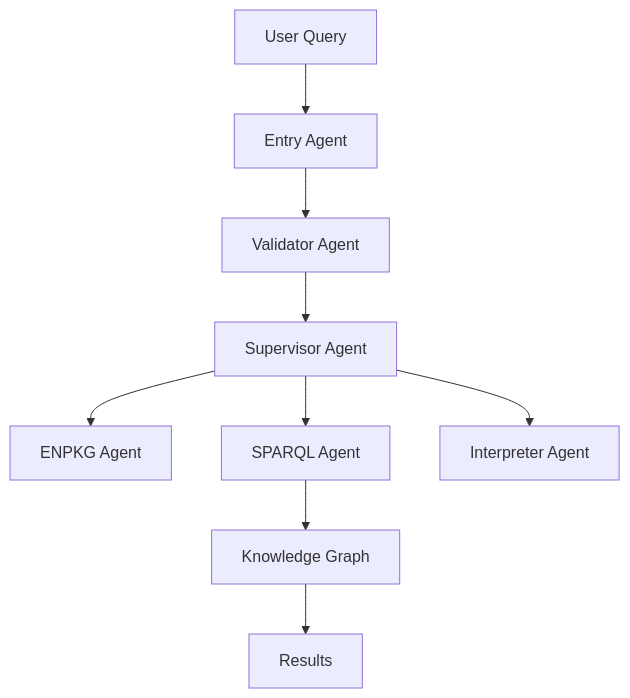
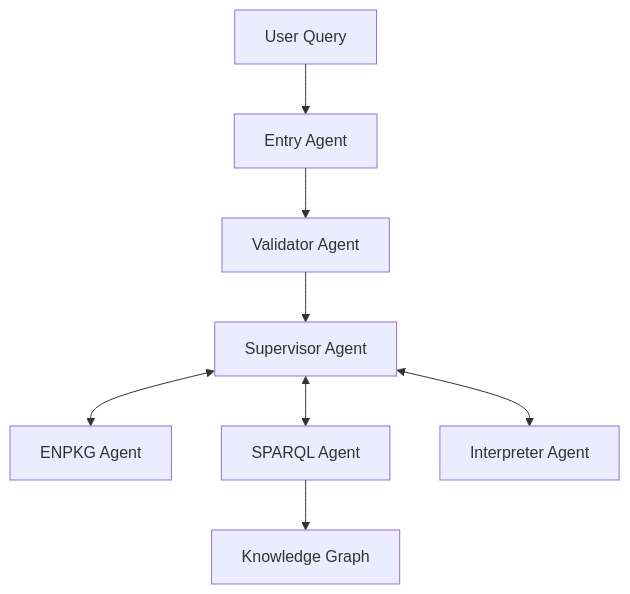
Before and after one commit to HolobiomicsLab/MetaboT: the first of 2 diagrams in docs/user-guide/overview.md, drawn with Mermaid. The commit also changed 3 other files, not shown here.

````diff
--- a/docs/user-guide/overview.md
+++ b/docs/user-guide/overview.md
@@ -9,12 +9,12 @@
 ```mermaid
 graph TB
     A[User Query] --> B[Entry Agent]
     B --> G[Validator Agent]
     G --> C[Supervisor Agent]
-    C --> D[ENPKG Agent]
-    C --> E[SPARQL Agent]
-    C --> F[Interpreter Agent]
+    C <--> D[ENPKG Agent]
+    C <--> E[SPARQL Agent]
+    C <--> F[Interpreter Agent]
      E  --> H[Knowledge Graph]
     
-    H --> I[Results]
+   
 ```
````
